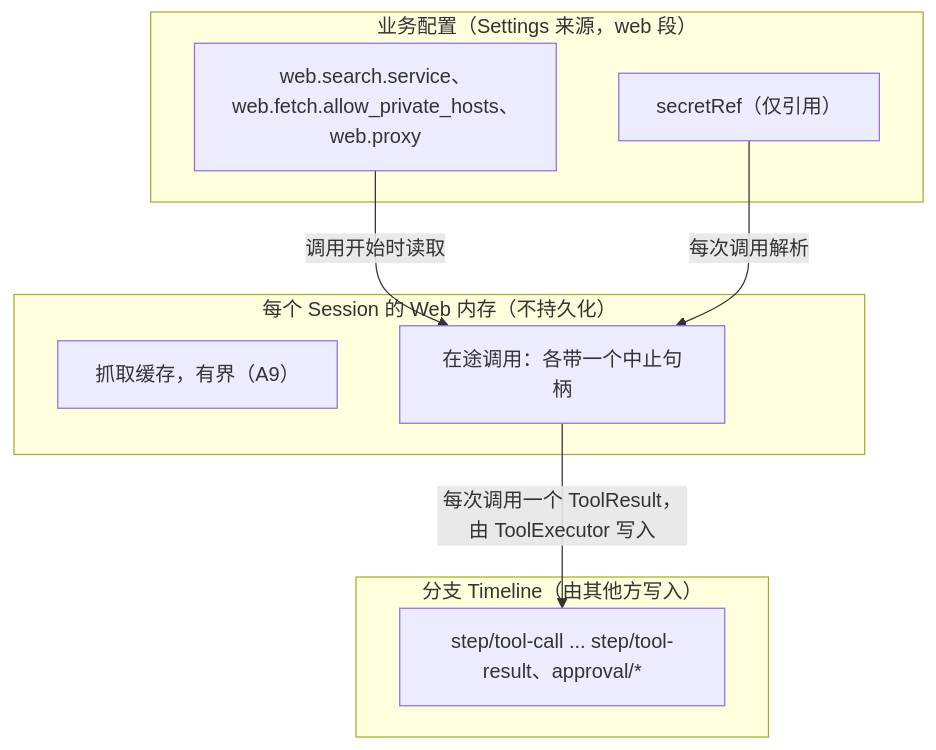
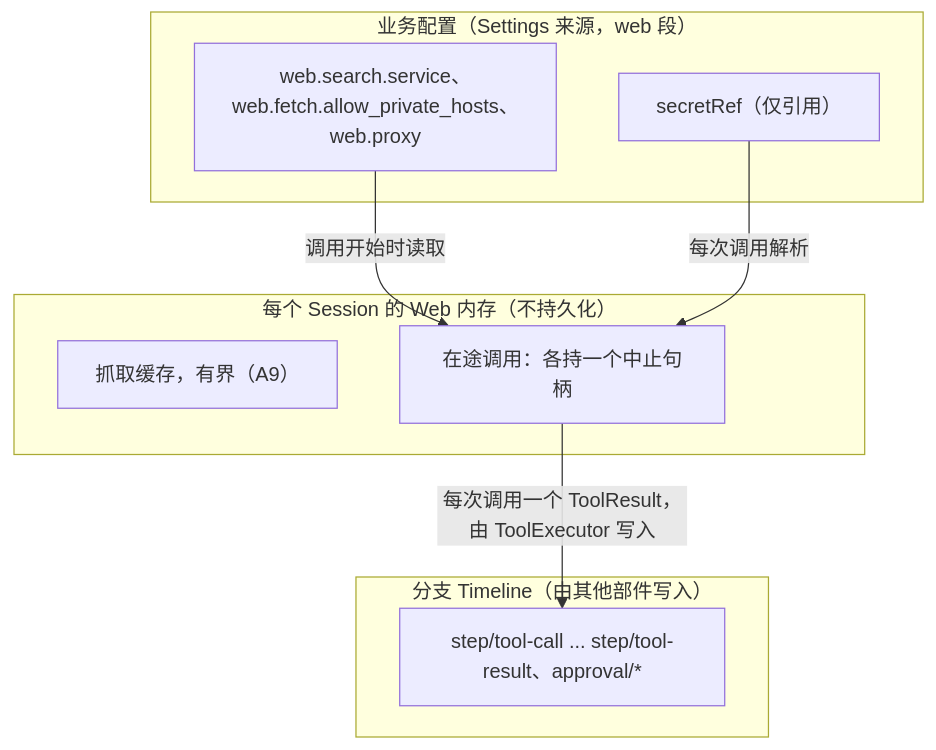
The second of 5 diagrams in docs/zh/design/plugins/Web.md (CoutinhoTTS/dim-agent), drawn with Mermaid before and after one commit. The commit also changed other lines of this file and 18 other files, not shown here.

````diff
--- a/docs/zh/design/plugins/Web.md
+++ b/docs/zh/design/plugins/Web.md
@@ -40,17 +40,17 @@
 ```mermaid
 flowchart TB
   subgraph CFG["业务配置（Settings 来源，web 段）"]
     WebCfg["web.search.service、web.fetch.allow_private_hosts、web.proxy"]
     Secret["secretRef（仅引用）"]
   end
   subgraph MEM["每个 Session 的 Web 内存（不持久化）"]
     Cache["抓取缓存，有界（A9）"]
-    Inflight["在途调用：各带一个中止句柄"]
+    Inflight["在途调用：各持一个中止句柄"]
   end
-  subgraph TL["分支 Timeline（由其他方写入）"]
+  subgraph TL["分支 Timeline（由其他部件写入）"]
     Calls["step/tool-call ... step/tool-result、approval/*"]
   end
   WebCfg -->|"调用开始时读取"| Inflight
   Secret -->|"每次调用解析"| Inflight
   Inflight -->|"每次调用一个 ToolResult，由 ToolExecutor 写入"| Calls
 ```
````
